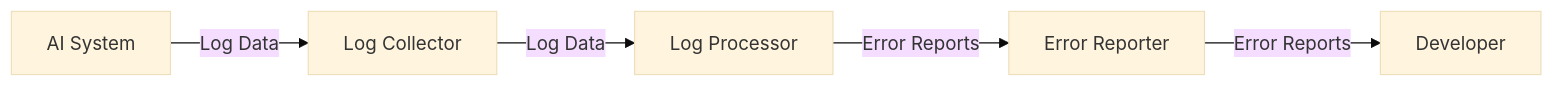
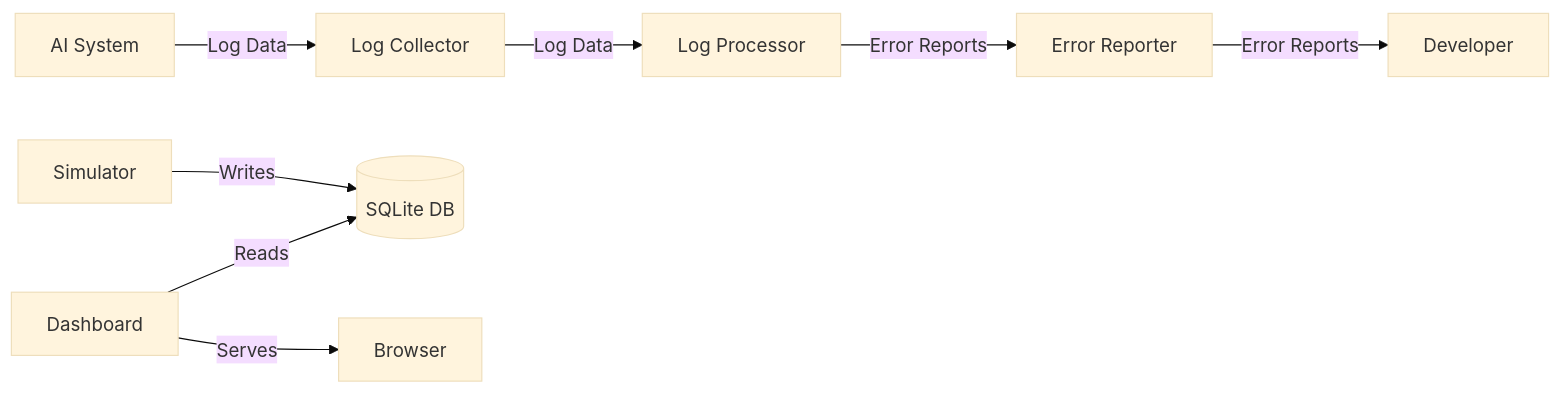
The diagram in README.md (sanjaygokul-ikify/ai-logmon), drawn with Mermaid (base theme) before and after one commit. The commit also changed other lines of this file and 9 other files, not shown here.

````diff
--- a/README.md
+++ b/README.md
@@ -15,7 +15,10 @@
 ```mermaid
 graph LR
     A[AI System] -->|Log Data| B[Log Collector]
     B -->|Log Data| C[Log Processor]
     C -->|Error Reports| D[Error Reporter]
     D -->|Error Reports| E[Developer]
+    F[Dashboard] -->|Reads| G[(SQLite DB)]
+    H[Simulator] -->|Writes| G
+    F -->|Serves| I[Browser]
 ```
````
